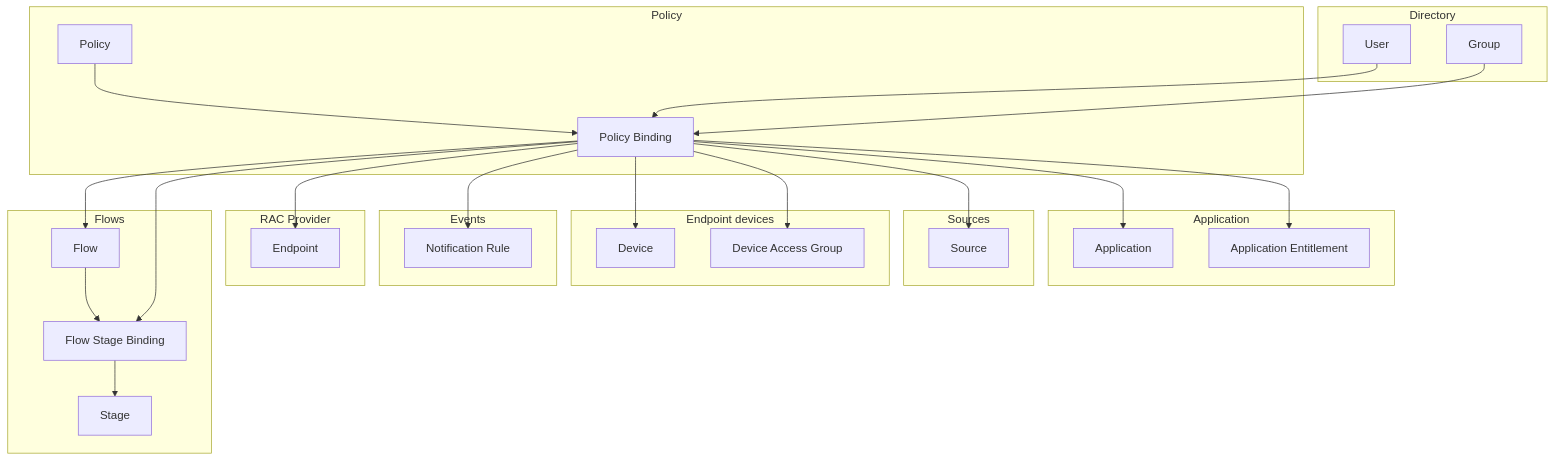
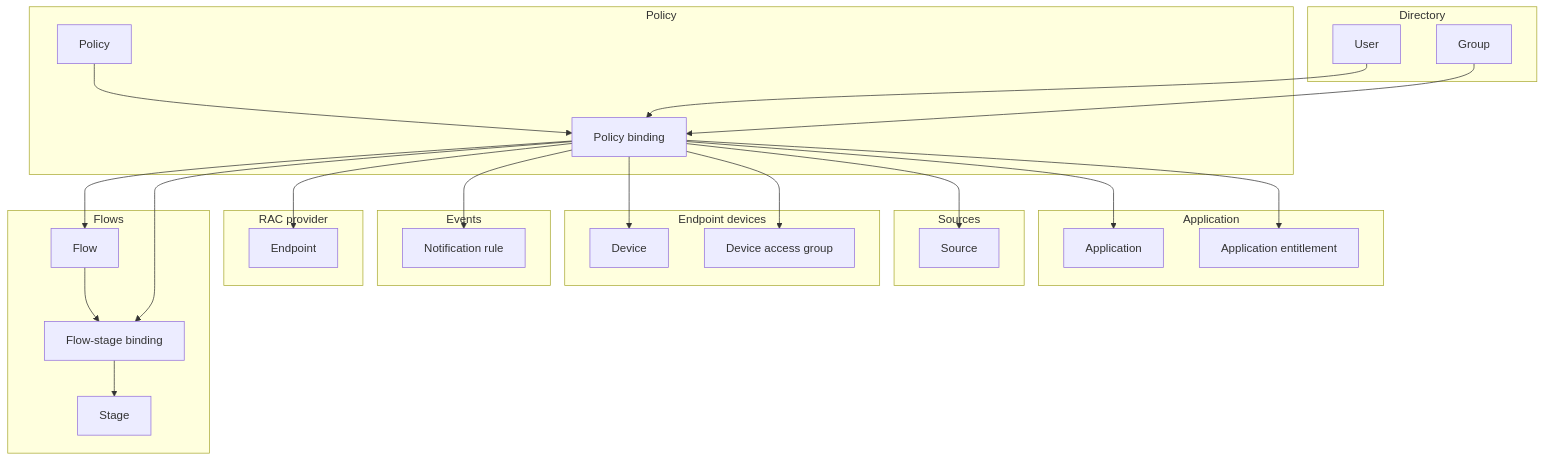
One commit to goauthentik/authentik changed the diagram in website/docs/add-secure-apps/bindings-overview/index.md. Above: the diagram before and after it, drawn with Mermaid. The commit also changed other lines of this file and 7 other files, not shown here.

````diff
--- a/website/docs/add-secure-apps/bindings-overview/index.md
+++ b/website/docs/add-secure-apps/bindings-overview/index.md
@@ -47,54 +47,54 @@
 ```mermaid
 
 flowchart TD
     subgraph Directory
         user[User]
         group[Group]
     end
 
     subgraph Policy
         policy[Policy]
-        policy_binding[Policy Binding]
+        policy_binding[Policy binding]
     end
 
     subgraph Application
         application[Application]
-        application_entitlement[Application Entitlement]
+        application_entitlement[Application entitlement]
     end
     subgraph Sources
         source[Source]
     end
     subgraph Endpoint devices
         device[Device]
-        device_access_group[Device Access Group]
+        device_access_group[Device access group]
     end
     subgraph Events
-        notification_rule[Notification Rule]
+        notification_rule[Notification rule]
     end
-    subgraph RAC Provider
+    subgraph RAC provider
         endpoint[Endpoint]
     end
     subgraph Flows
         flow[Flow]
-        flow_stage_binding[Flow Stage Binding]
+        flow_stage_binding[Flow-stage binding]
         stage[Stage]
     end
 
     policy --> policy_binding
     user --> policy_binding
     group --> policy_binding
 
     policy_binding --> application
     policy_binding --> application_entitlement
     policy_binding --> source
     policy_binding --> device
     policy_binding --> device_access_group
     policy_binding --> notification_rule
     policy_binding --> flow
     policy_binding --> endpoint
 
     flow_stage_binding --> stage
     flow --> flow_stage_binding
 
     policy_binding --> flow_stage_binding
 ```
````
